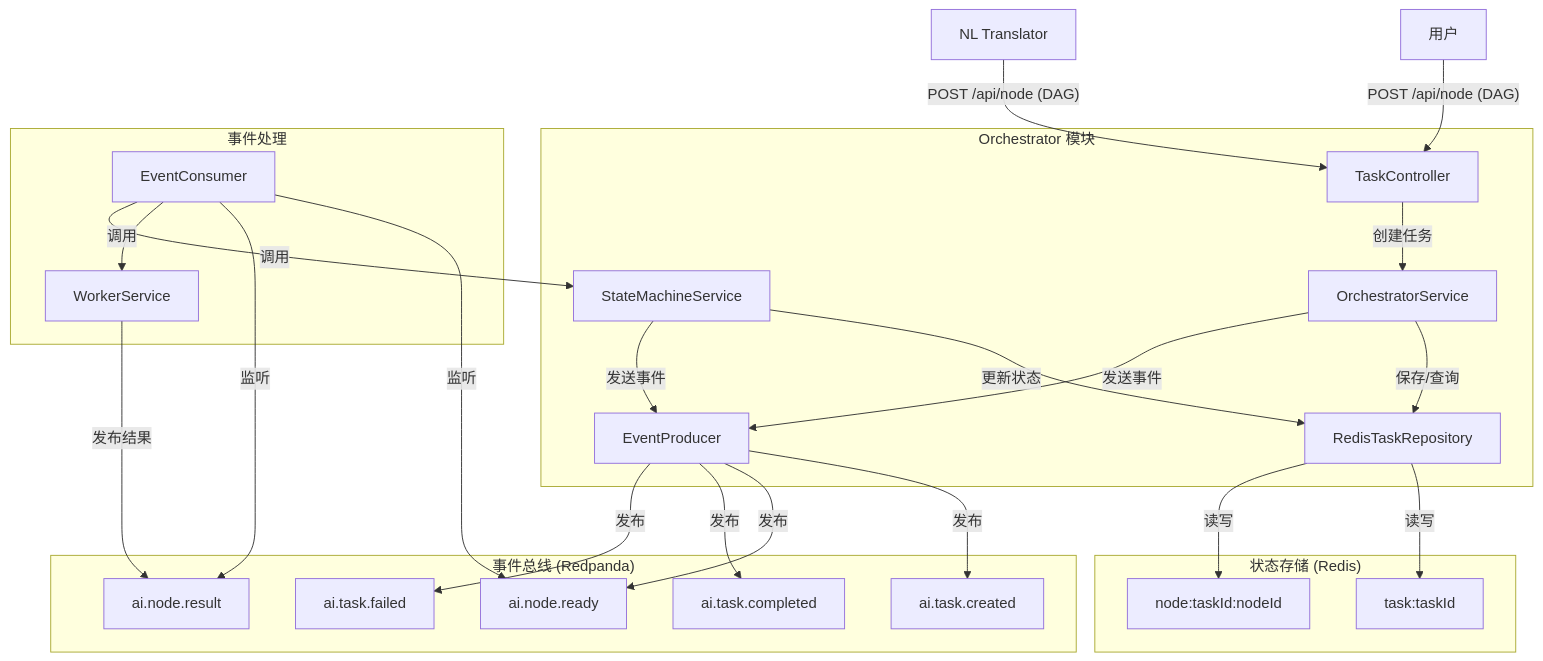
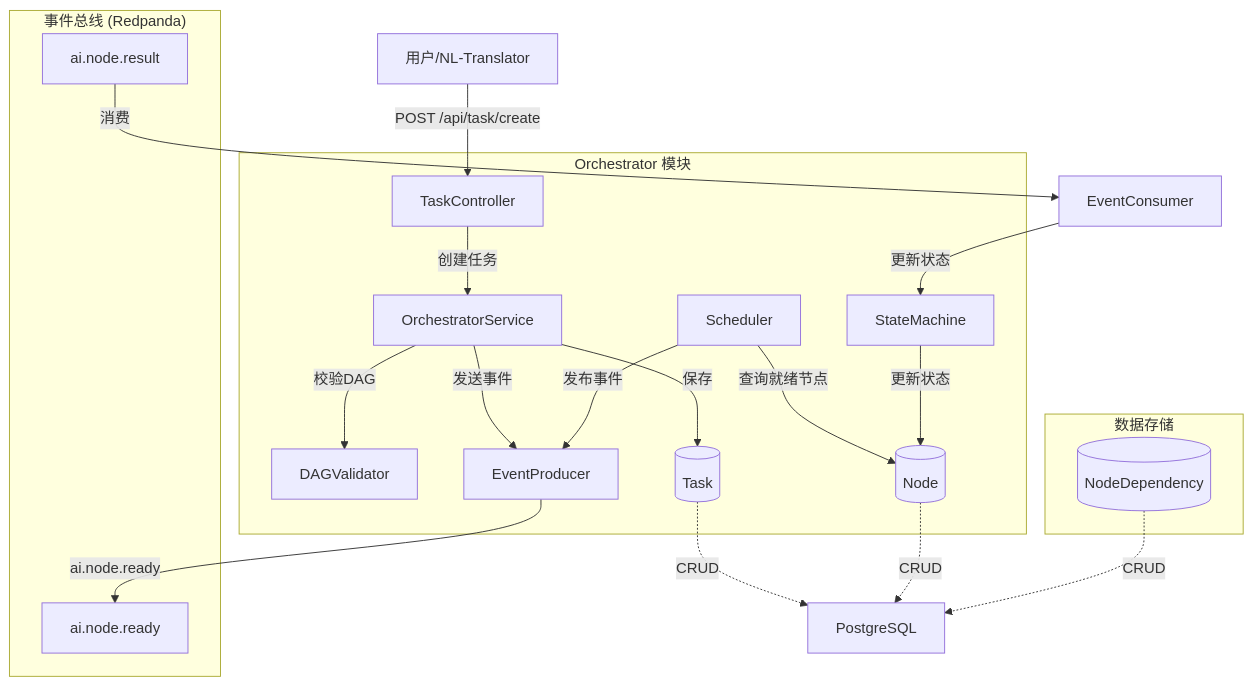
Before and after one commit to SUSTechWLA/lingxi-ai-operation-system: the first of 2 diagrams in docs/guides/ORCHESTRATOR_GUIDE.md, drawn with Mermaid. The commit also changed other lines of this file and 4 other files, not shown here.

````diff
--- a/docs/guides/ORCHESTRATOR_GUIDE.md
+++ b/docs/guides/ORCHESTRATOR_GUIDE.md
@@ -42,40 +33,33 @@
 ```mermaid
 graph TB
-    User[用户] -->|"POST /api/node (DAG)"| TaskController
-    NLTranslator[NL Translator] -->|"POST /api/node (DAG)"| TaskController
-    
+    User[用户/NL-Translator] -->|"POST /api/task/create"| TaskController
+
     subgraph "Orchestrator 模块"
         TaskController -->|创建任务| OrchestratorService
-        OrchestratorService -->|保存/查询| RedisTaskRepository
+        OrchestratorService -->|校验DAG| DAGValidator
+        OrchestratorService -->|保存| TaskRepository
         OrchestratorService -->|发送事件| EventProducer
-        StateMachineService -->|更新状态| RedisTaskRepository
-        StateMachineService -->|发送事件| EventProducer
+        Scheduler -->|查询就绪节点| NodeRepository
+        Scheduler -->|发布事件| EventProducer
+        StateMachine -->|更新状态| NodeRepository
     end
-    
+
     subgraph "事件总线 (Redpanda)"
-        Topic_Created[ai.task.created]
-        Topic_Ready[ai.node.ready]
-        Topic_Result[ai.node.result]
-        Topic_Completed[ai.task.completed]
-        Topic_Failed[ai.task.failed]
+        Topic_NodeReady["ai.node.ready"]
+        Topic_NodeResult["ai.node.result"]
     end
-    
-    subgraph "事件处理"
-        EventConsumer -->|监听| Topic_Ready
-        EventConsumer -->|监听| Topic_Result
-        EventConsumer -->|调用| WorkerService
-        EventConsumer -->|调用| StateMachineService
+
+    subgraph "数据存储"
+        TaskRepository[(Task)]
+        NodeRepository[(Node)]
+        NodeDependencyRepository[(NodeDependency)]
     end
-    
-    EventProducer -->|发布| Topic_Created
-    EventProducer -->|发布| Topic_Ready
-    EventProducer -->|发布| Topic_Completed
-    EventProducer -->|发布| Topic_Failed
-    
-    WorkerService -->|发布结果| Topic_Result
-    
-    subgraph "状态存储 (Redis)"
-        RedisTaskRepository -->|读写| TaskKeys["task:taskId"]
-        RedisTaskRepository -->|读写| NodeKeys["node:taskId:nodeId"]
-    end
+
+    EventProducer -->|"ai.node.ready"| Topic_NodeReady
+    Topic_NodeResult -->|消费| EventConsumer
+    EventConsumer -->|更新状态| StateMachine
+
+    TaskRepository -.->|"CRUD"| PostgreSQL
+    NodeRepository -.->|"CRUD"| PostgreSQL
+    NodeDependencyRepository -.->|"CRUD"| PostgreSQL
 ```
````
